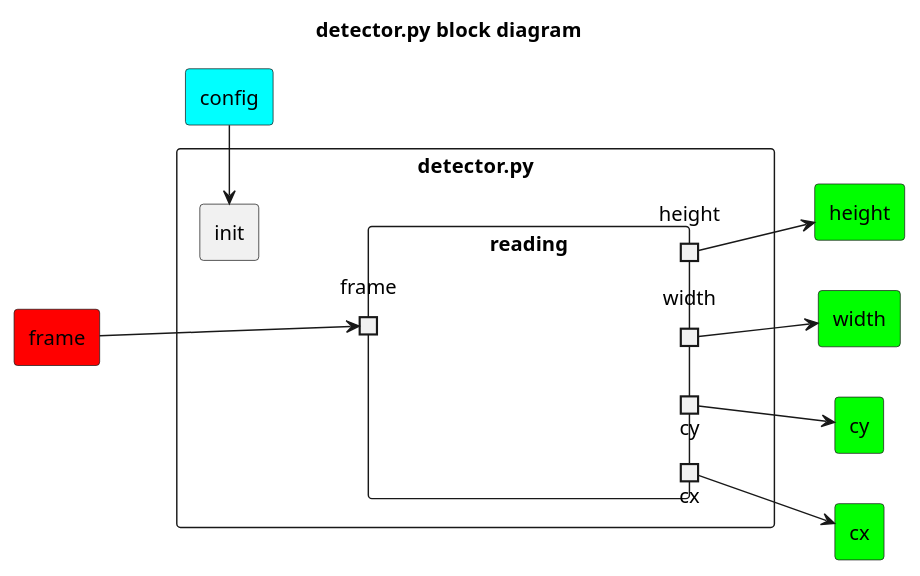
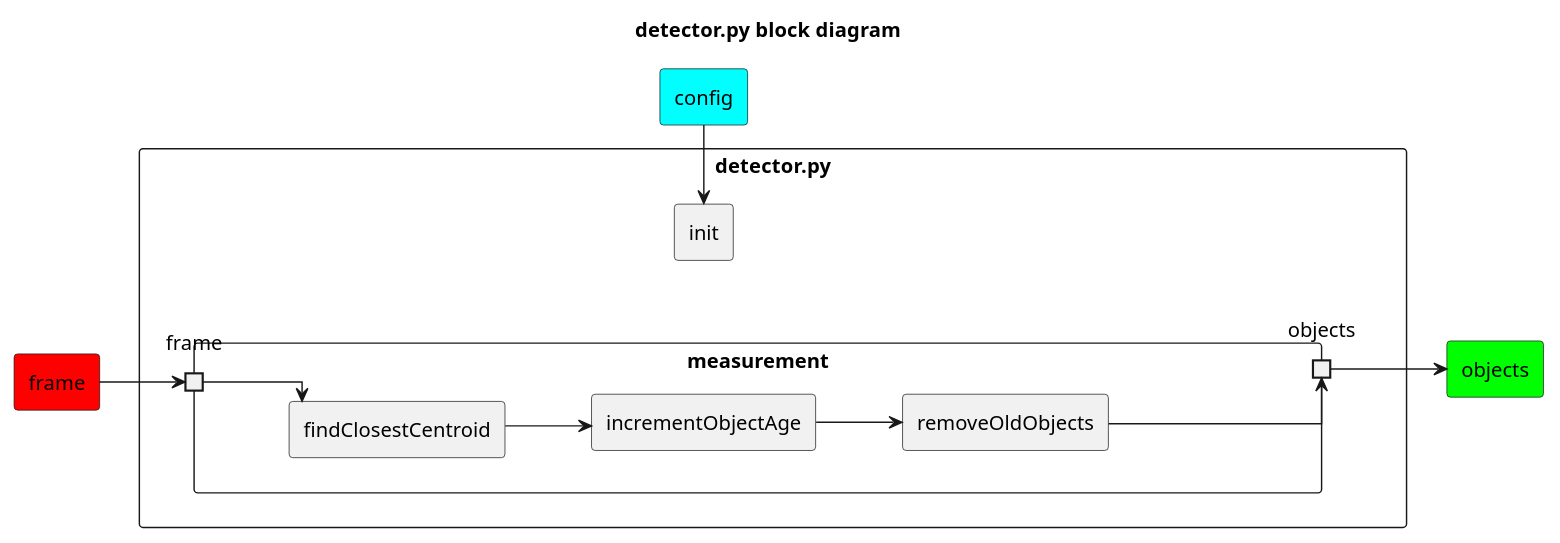
One commit to astronandez/model_based_parameter_estimation changed the diagram in computer_vision/diagrams/detector.wsd. Above: the diagram before and after it, drawn with PlantUML. The commit also changed 91 other files, not shown here.

```diff
--- a/computer_vision/diagrams/detector.wsd
+++ b/computer_vision/diagrams/detector.wsd
@@ -1,36 +1,33 @@
 @startuml detector
 left to right direction
 skinparam BackgroundColor transparent
 skinparam componentStyle rectangle
+skinparam linetype ortho
 
 title detector.py block diagram
 component "config" as config #aqua
 component "frame" as f #red
-component "cx" as cx #lime
-component "cy" as cy #lime
-component "width" as width #lime
-component "height" as height #lime
+component "objects" as obj #lime
 
 component "detector.py" as detector { 
-    component init {
-        
+    component init
+    component "measurement" as measurement {
+        portin "frame" as p0
+        portout "objects" as p1
+        component "findClosestCentroid" as close
+        component "removeOldObjects" as oldobj
+        component "incrementObjectAge" as incobj
     }
-    init -[hidden]-- reading
-    component "reading" as reading {
-        portin "frame" as p0
-        portout "cx" as p1
-        portout "cy" as p2
-        portout "width" as p3
-        portout "height" as p4
-    }
-    
+
+    init -u[hidden]- measurement
+    p0 --> close
+    close --> incobj
+    incobj --> oldobj
+    oldobj -d--> p1
 }
-config -l--> init
-f ---> p0
 
-p1 --> cx
-p2 --> cy
-p3 --> width
-p4 --> height
+config -l-> init
+f --> p0
+p1 --> obj
 
 @enduml
```
